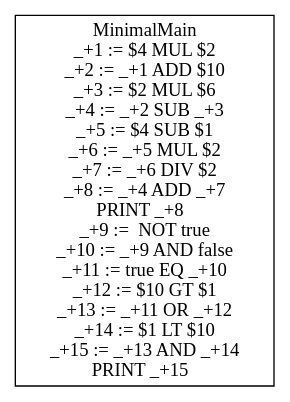
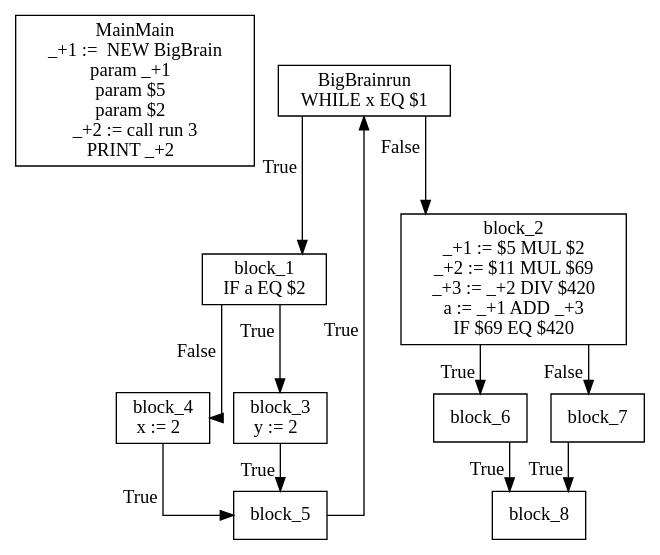
The diagram in dot.dot (AvanaPY/DV1655_Lab1), drawn with Graphviz before and after one commit. The commit also changed 2 other files, not shown here.

```diff
--- a/dot.dot
+++ b/dot.dot
@@ -1,5 +1,25 @@
 digraph {
   graph [splines=ortho]
   node [shape=box]
-  MinimalMain [label="MinimalMain\n_+1 := $4 MUL $2\n_+2 := _+1 ADD $10\n_+3 := $2 MUL $6\n_+4 := _+2 SUB _+3\n_+5 := $4 SUB $1\n_+6 := _+5 MUL $2\n_+7 := _+6 DIV $2\n_+8 := _+4 ADD _+7\nPRINT _+8  \n_+9 :=  NOT true\n_+10 := _+9 AND false\n_+11 := true EQ _+10\n_+12 := $10 GT $1\n_+13 := _+11 OR _+12\n_+14 := $1 LT $10\n_+15 := _+13 AND _+14\nPRINT _+15  \n"];
+  MainMain [label="MainMain\n_+1 :=  NEW BigBrain\nparam _+1  \nparam $5  \nparam $2  \n_+2 := call run 3\nPRINT _+2  \n"];
+  BigBrainrun [label="BigBrainrun\nWHILE x EQ $1\n"];
+  BigBrainrun -> block_1[xlabel="True"];
+  block_1 [label="block_1\nIF a EQ $2\n"];
+  block_1 -> block_3[xlabel="True"];
+  block_3 [label="block_3\ny := 2  \n"];
+  block_3 -> block_5[xlabel="True"];
+  block_5 [label="block_5\n"];
+  block_5 -> BigBrainrun[xlabel="True"];
+  block_1 -> block_4[xlabel="False"];
+  block_4 [label="block_4\nx := 2  \n"];
+  block_4 -> block_5[xlabel="True"];
+  BigBrainrun -> block_2[xlabel="False"];
+  block_2 [label="block_2\n_+1 := $5 MUL $2\n_+2 := $11 MUL $69\n_+3 := _+2 DIV $420\na := _+1 ADD _+3\nIF $69 EQ $420\n"];
+  block_2 -> block_6[xlabel="True"];
+  block_6 [label="block_6\n"];
+  block_6 -> block_8[xlabel="True"];
+  block_8 [label="block_8\n"];
+  block_2 -> block_7[xlabel="False"];
+  block_7 [label="block_7\n"];
+  block_7 -> block_8[xlabel="True"];
 }
```
